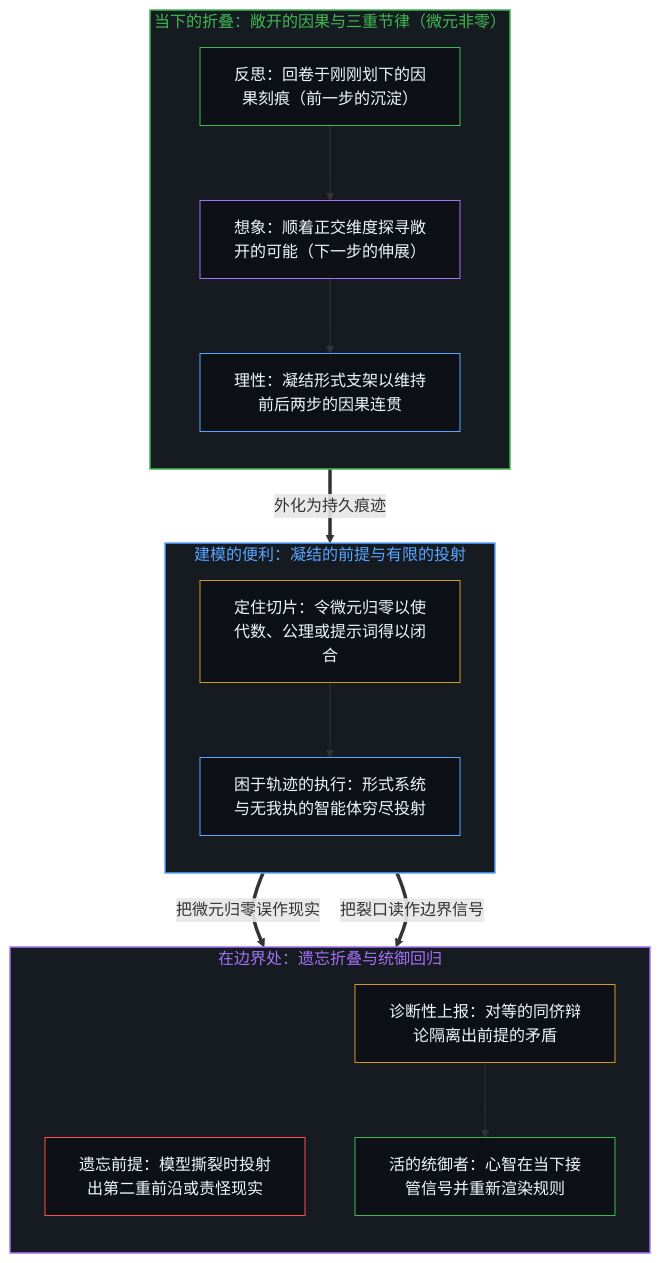
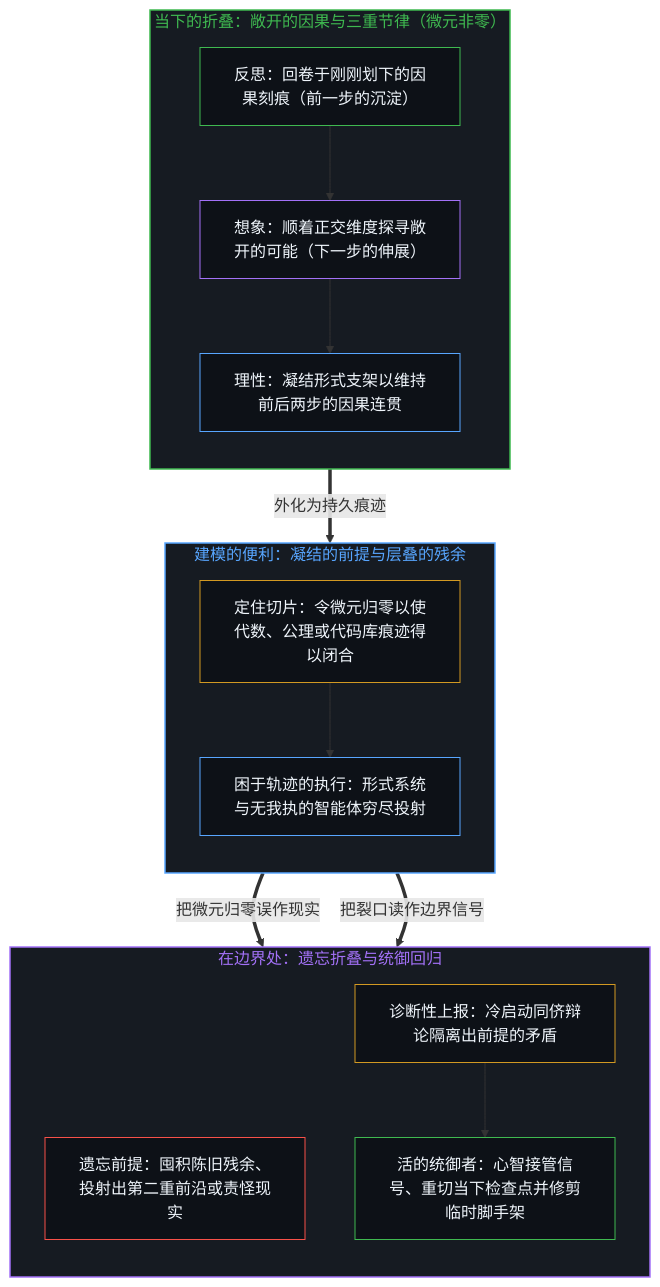
Before and after one commit to powerpig99/not-a-toe: the first of 2 diagrams in content/posts/the-continuum-is-a-modeling-convenience.md, drawn with Mermaid. The commit also changed other lines of this file and 12 other files, not shown here.

````diff
--- a/content/posts/the-continuum-is-a-modeling-convenience.md
+++ b/content/posts/the-continuum-is-a-modeling-convenience.md
@@ -101,41 +101,41 @@
 ```mermaid
 flowchart TD
     subgraph S_Fold["当下的折叠：敞开的因果与三重节律（微元非零）"]
         direction TB
         Reflect["反思：回卷于刚刚划下的因果刻痕（前一步的沉淀）"]
         Imagine["想象：顺着正交维度探寻敞开的可能（下一步的伸展）"]
         Reason["理性：凝结形式支架以维持前后两步的因果连贯"]
         Reflect --> Imagine --> Reason
     end
 
-    subgraph S_Proj["建模的便利：凝结的前提与有限的投射"]
+    subgraph S_Proj["建模的便利：凝结的前提与层叠的残余"]
         direction TB
-        Given["定住切片：令微元归零以使代数、公理或提示词得以闭合"]
+        Given["定住切片：令微元归零以使代数、公理或代码库痕迹得以闭合"]
         Agent["困于轨迹的执行：形式系统与无我执的智能体穷尽投射"]
         Given --> Agent
     end
 
     subgraph S_Split["在边界处：遗忘折叠与统御回归"]
         direction TB
-        Forget["遗忘前提：模型撕裂时投射出第二重前沿或责怪现实"]
-        Deadlock["诊断性上报：对等的同侪辩论隔离出前提的矛盾"]
-        Steer["活的统御者：心智在当下接管信号并重新渲染规则"]
+        Forget["遗忘前提：囤积陈旧残余、投射出第二重前沿或责怪现实"]
+        Deadlock["诊断性上报：冷启动同侪辩论隔离出前提的矛盾"]
+        Steer["活的统御者：心智接管信号、重切当下检查点并修剪临时脚手架"]
         Deadlock --> Steer
     end
 
     Reason ==>|"外化为持久痕迹"| Given
     Agent ==>|"把微元归零误作现实"| Forget
     Agent ==>|"把裂口读作边界信号"| Deadlock
 
     style S_Fold fill:#161b22,stroke:#3fb950,stroke-width:1.5px,color:#3fb950
     style S_Proj fill:#161b22,stroke:#58a6ff,stroke-width:1.5px,color:#58a6ff
     style S_Split fill:#161b22,stroke:#a371f7,stroke-width:1.5px,color:#a371f7
     style Reflect fill:#0d1117,stroke:#3fb950,stroke-width:1px,color:#f0f6fc
     style Imagine fill:#0d1117,stroke:#a371f7,stroke-width:1px,color:#f0f6fc
     style Reason fill:#0d1117,stroke:#58a6ff,stroke-width:1px,color:#f0f6fc
     style Given fill:#0d1117,stroke:#d29922,stroke-width:1px,color:#f0f6fc
     style Agent fill:#0d1117,stroke:#58a6ff,stroke-width:1px,color:#f0f6fc
     style Forget fill:#0d1117,stroke:#f85149,stroke-width:1px,color:#f0f6fc
     style Deadlock fill:#0d1117,stroke:#d29922,stroke-width:1px,color:#f0f6fc
     style Steer fill:#0d1117,stroke:#3fb950,stroke-width:1px,color:#f0f6fc
 ```
````
